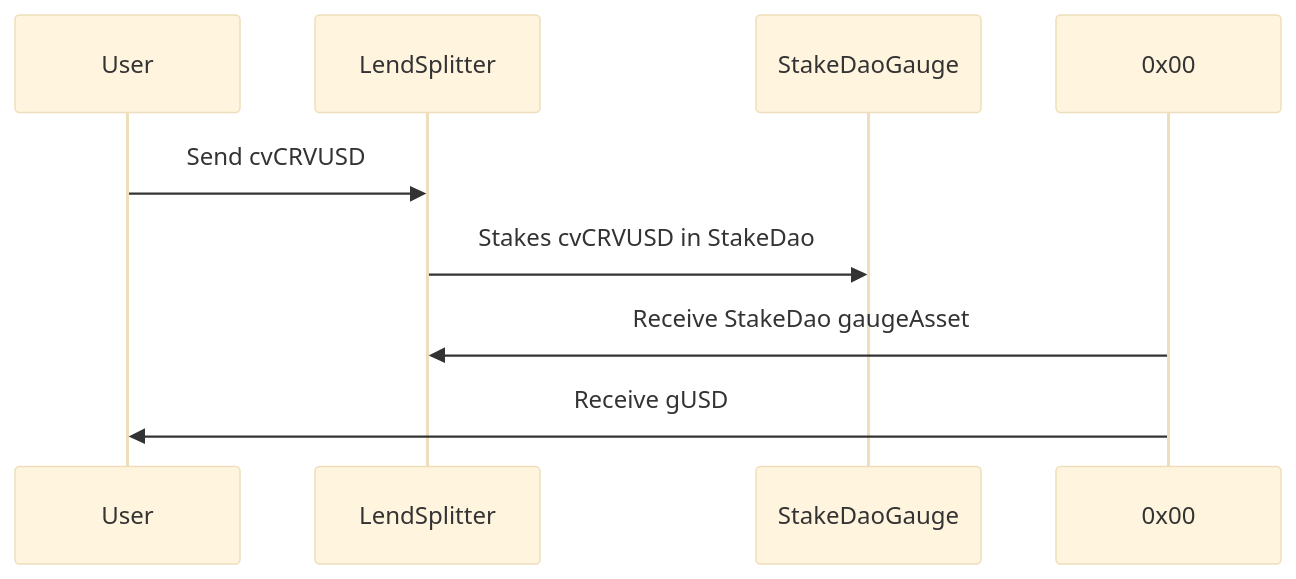
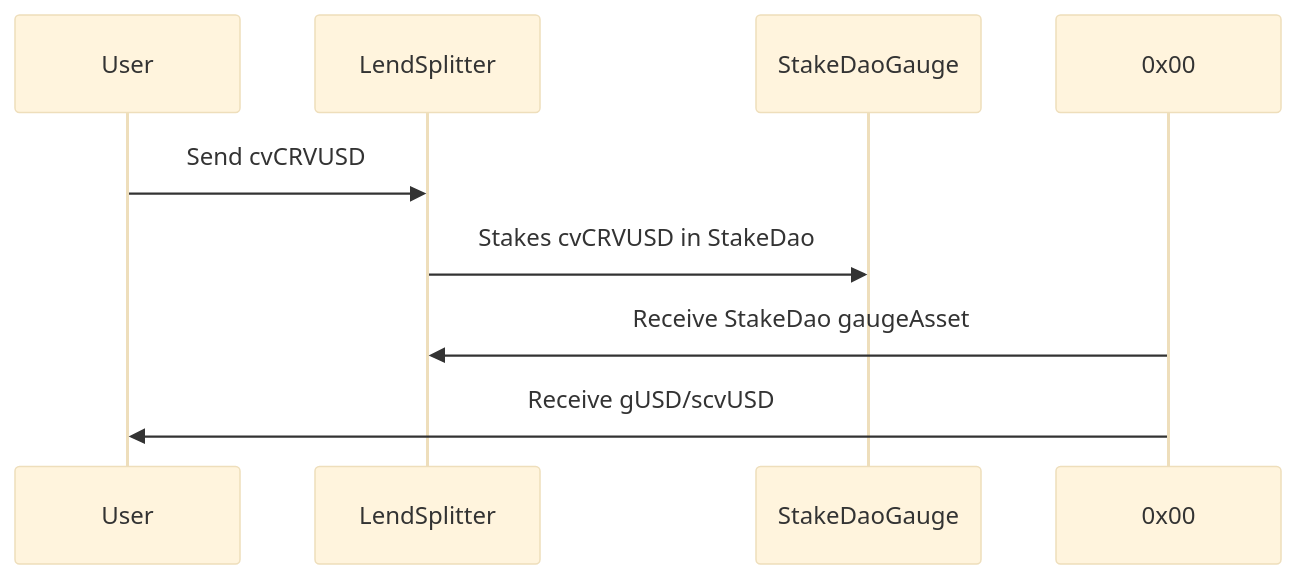
The third of 6 diagrams in erc20-fluxs.md (Tangent-labs/tangent-contracts), drawn with Mermaid (base theme) before and after one commit. The commit also changed other lines of this file, not shown here.

Commit message:
add gUSD/scvUSD duality

````diff
--- a/erc20-fluxs.md
+++ b/erc20-fluxs.md
@@ -32,7 +32,8 @@
 ```mermaid
 sequenceDiagram
     User ->>LendSplitter: Send cvCRVUSD
     LendSplitter->>StakeDaoGauge:Stakes cvCRVUSD in StakeDao
     0x00->>LendSplitter:Receive StakeDao gaugeAsset
-    0x00->>User: Receive gUSD
+    
+    0x00->>User: Receive gUSD/scvUSD
 ```
````
